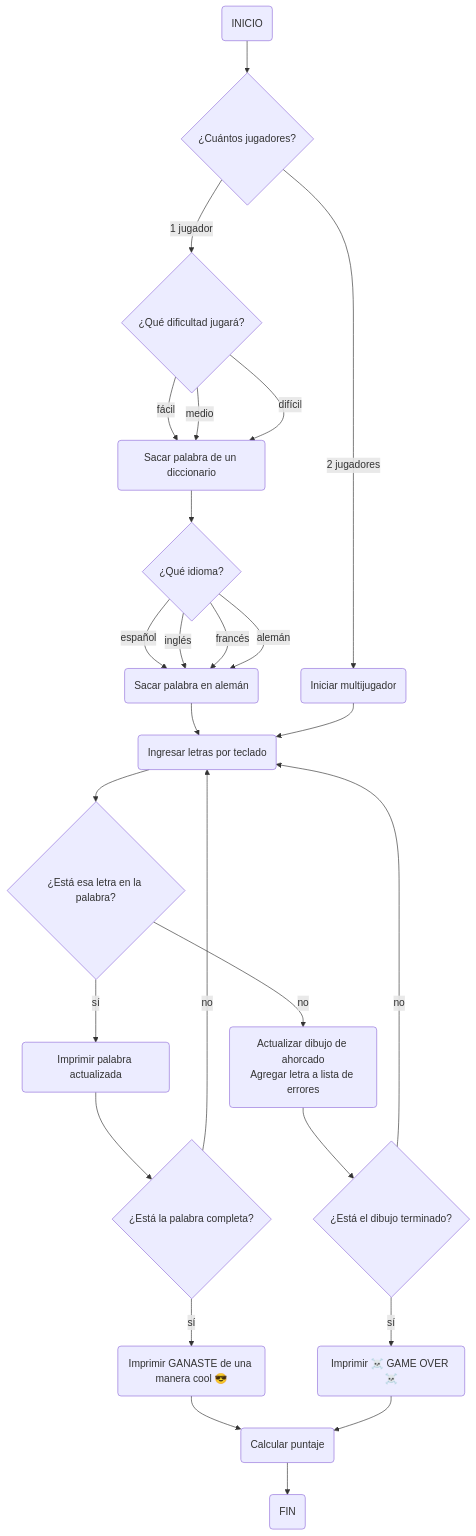
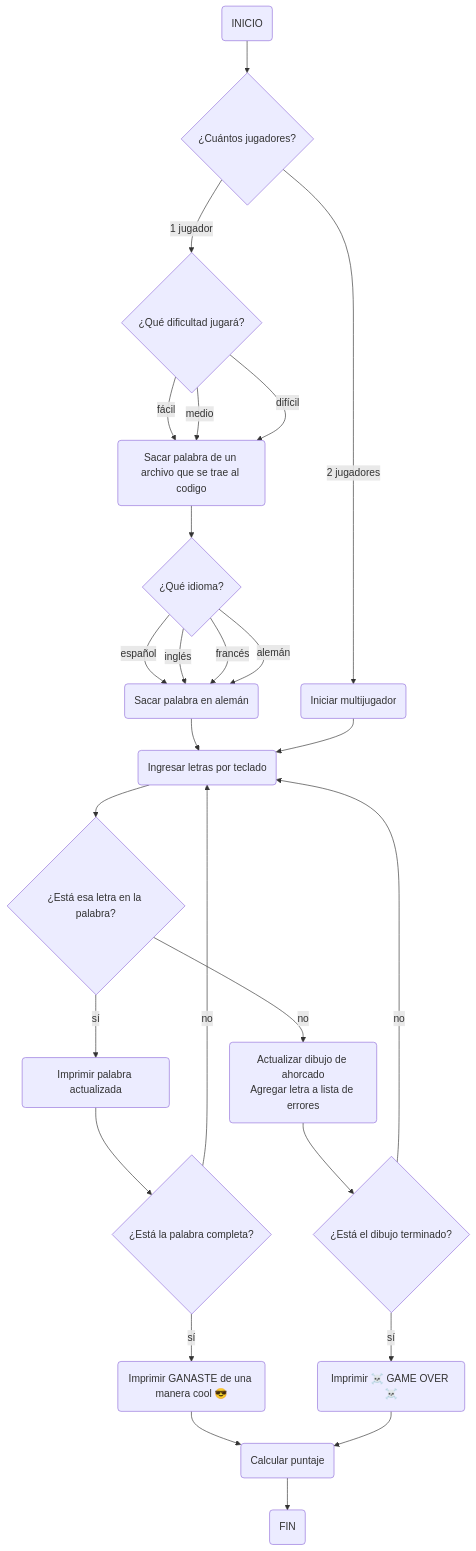
One commit to JMC020406/Proyecto changed the diagram in README.md. Above: the diagram before and after it, drawn with Mermaid.

````diff
--- a/README.md
+++ b/README.md
@@ -20,36 +20,36 @@
 ```mermaid
 graph TD;
   A(INICIO) --> B{¿Cuántos jugadores?}
   B-->|1 jugador|C{¿Qué dificultad jugará?}
   B-->|2 jugadores|E(Iniciar multijugador)
   
-  C-->|fácil|D(Sacar palabra de un diccionario)
+  C-->|fácil|D(Sacar palabra de un archivo que se trae al codigo)
   C-->|medio|D
   C-->|difícil|D
   
   D-->F{¿Qué idioma?}
   F-->|español|G(Sacar palabra en español)
   F-->|inglés|G(Sacar palabra en inglés)
   F-->|francés|G(Sacar palabra en francés)
   F-->|alemán|G(Sacar palabra en alemán)
 
   G-->H(Ingresar letras por teclado)
   E-->H
 
   H-->I{¿Está esa letra en la palabra?}
   I-->|sí|J(Imprimir palabra actualizada)
   I-->|no|K(Actualizar dibujo de ahorcado<br>Agregar letra a lista de errores)
 
   J-->L{¿Está la palabra completa?}
   L-->|sí|M(Imprimir GANASTE de una manera cool 😎)
   M-->N(Calcular puntaje)
   L-->|no|H
 
   K-->O{¿Está el dibujo terminado?}
   O-->|sí|P(Imprimir ☠️ GAME OVER ☠️)
   P-->N
   O-->|no|H
   
   N-->Q(FIN)
 
 ```
````
